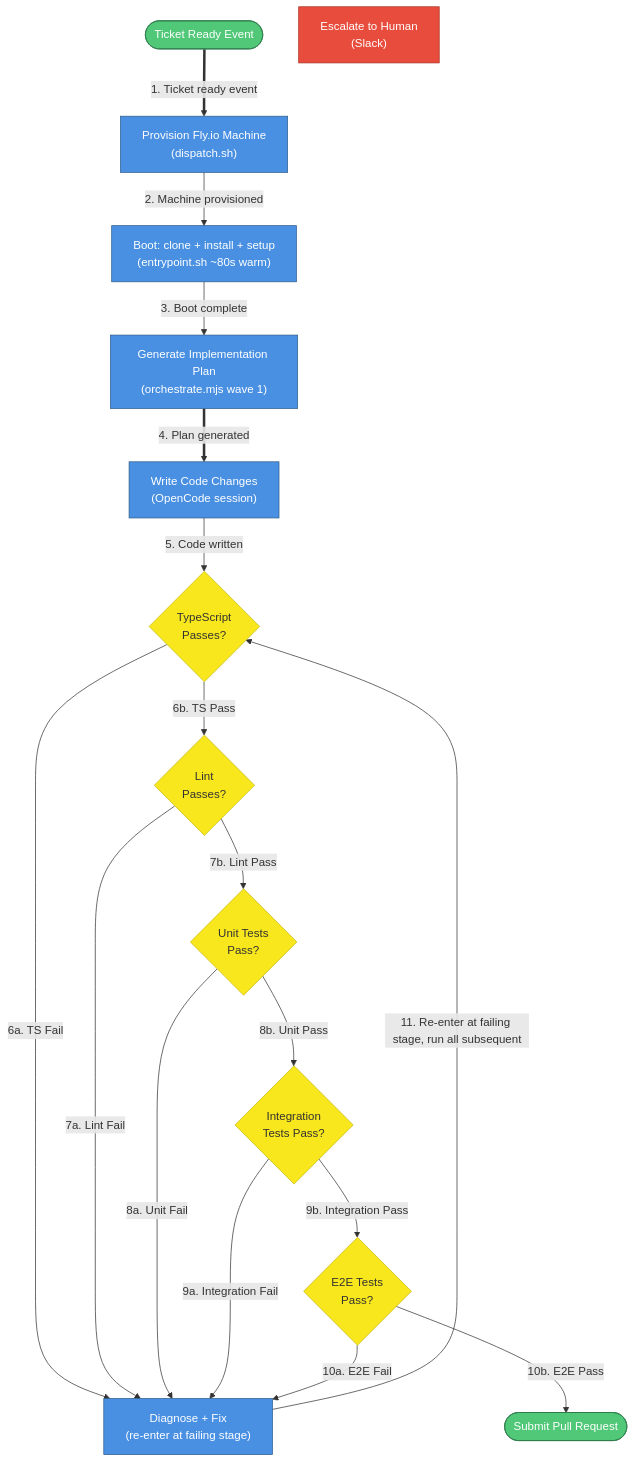
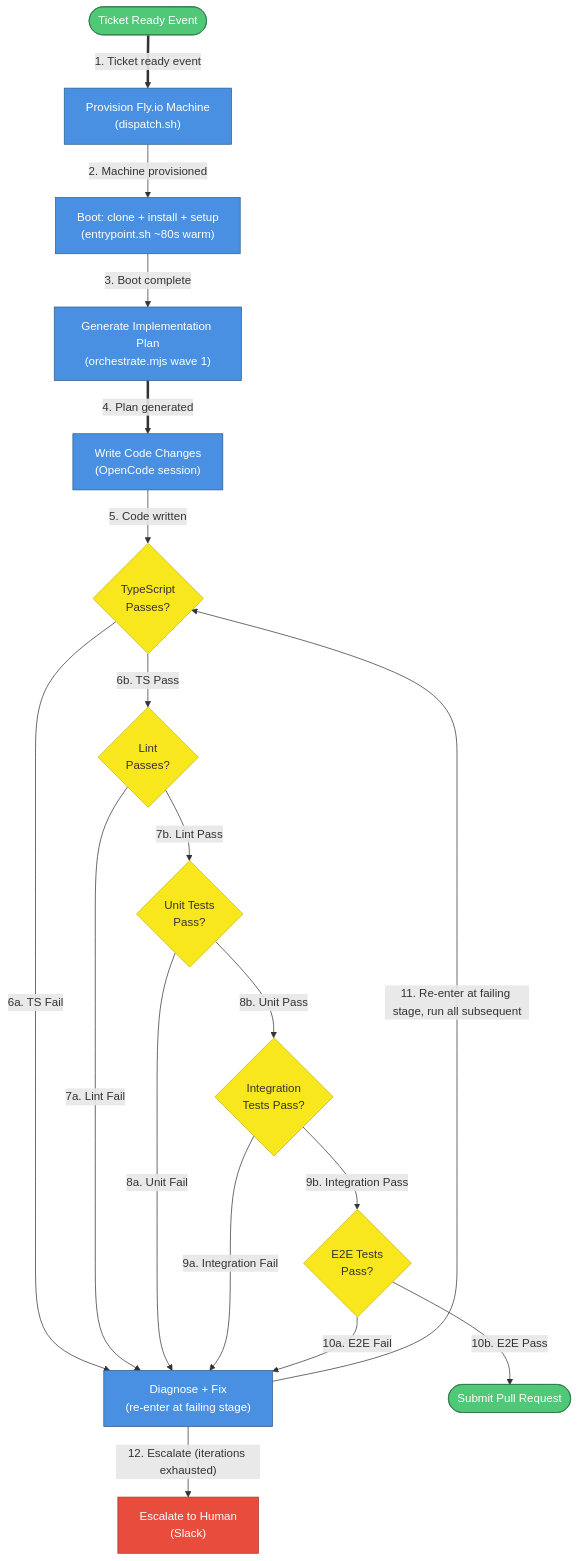
Before and after one commit to viiqswim/dozaldevs-ai-employee: the eighth of 16 diagrams in docs/2026-03-22-2317-ai-employee-architecture.md, drawn with Mermaid. The commit also changed other lines of this file, not shown here.

Commit message:
docs(architecture): fix orphaned diagram nodes — remove SLACK from MVP diagram, add FIX→FAIL escalation edge

````diff
--- a/docs/2026-03-22-2317-ai-employee-architecture.md
+++ b/docs/2026-03-22-2317-ai-employee-architecture.md
@@ -846,38 +845,39 @@
 ```mermaid
 flowchart TD
     PICKUP(["Ticket Ready Event"]):::event
     PROVISION["Provision Fly.io Machine\n(dispatch.sh)"]:::service
     BOOT["Boot: clone + install + setup\n(entrypoint.sh ~80s warm)"]:::service
     PLAN["Generate Implementation Plan\n(orchestrate.mjs wave 1)"]:::service
     CODE["Write Code Changes\n(OpenCode session)"]:::service
     TYPECHECK{"TypeScript\nPasses?"}:::decision
     LINT{"Lint\nPasses?"}:::decision
     UNIT{"Unit Tests\nPass?"}:::decision
     INTEG{"Integration\nTests Pass?"}:::decision
     E2E{"E2E Tests\nPass?"}:::decision
     FIX["Diagnose + Fix\n(re-enter at failing stage)"]:::service
     PR(["Submit Pull Request"]):::event
     FAIL["Escalate to Human\n(Slack)"]:::error
 
     PICKUP ==>|"1. Ticket ready event"| PROVISION
     PROVISION -->|"2. Machine provisioned"| BOOT
     BOOT -->|"3. Boot complete"| PLAN
     PLAN ==>|"4. Plan generated"| CODE
     CODE -->|"5. Code written"| TYPECHECK
     TYPECHECK -->|"6a. TS Fail"| FIX
     TYPECHECK -->|"6b. TS Pass"| LINT
     LINT -->|"7a. Lint Fail"| FIX
     LINT -->|"7b. Lint Pass"| UNIT
     UNIT -->|"8a. Unit Fail"| FIX
     UNIT -->|"8b. Unit Pass"| INTEG
     INTEG -->|"9a. Integration Fail"| FIX
     INTEG -->|"9b. Integration Pass"| E2E
     E2E -->|"10a. E2E Fail"| FIX
     FIX -->|"11. Re-enter at failing stage, run all subsequent"| TYPECHECK
+    FIX -->|"12. Escalate (iterations exhausted)"| FAIL
     E2E -->|"10b. E2E Pass"| PR
 
     classDef service fill:#4A90E2,stroke:#2E5C8A,color:#fff
     classDef event fill:#50C878,stroke:#2D7A4A,color:#fff
     classDef decision fill:#F8E71C,stroke:#C7B916,color:#333
     classDef error fill:#E74C3C,stroke:#A93226,color:#fff
 ```
````
